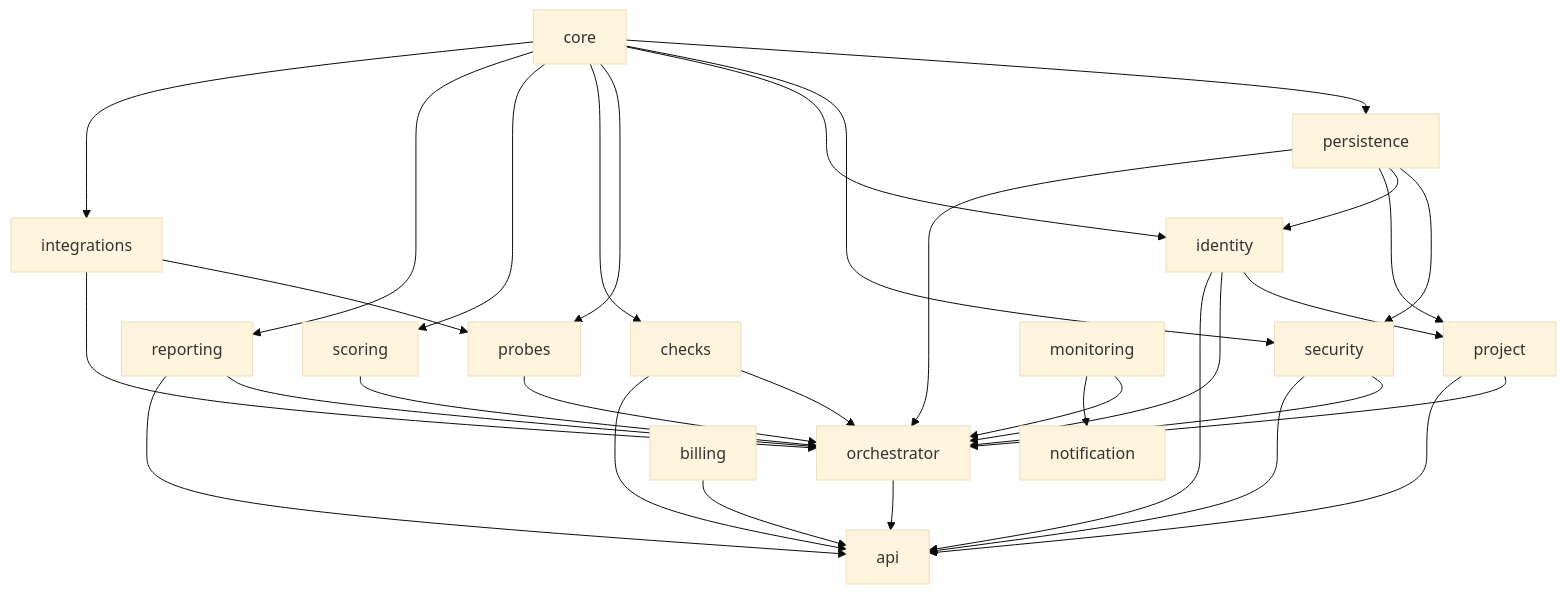
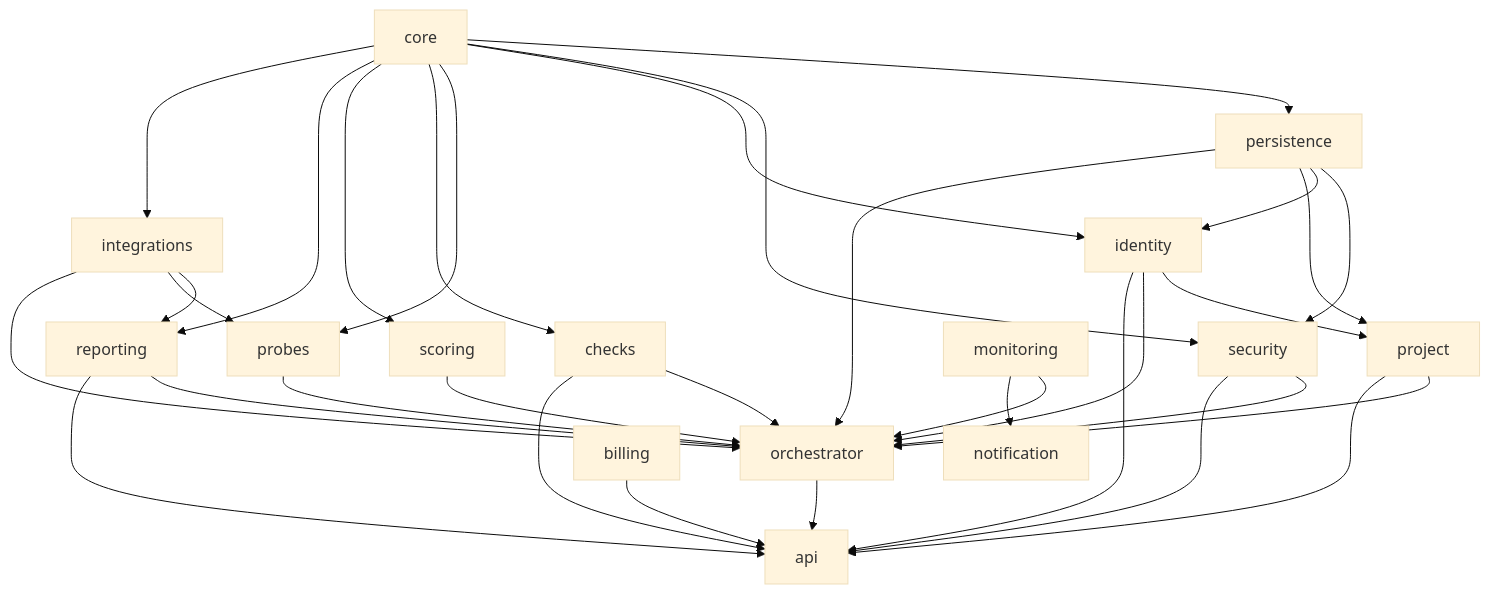
Before and after one commit to xsmartbartx/Viglio: the first of 2 diagrams in docs/modules.md, drawn with Mermaid (base theme). The commit also changed other lines of this file and 4 other files, not shown here.

Commit message:
docs: update README, build-roadmap, data-model, modules, and security documentation for Phase 5 enhancements; add details on LLM-backed remediation and caching

````diff
--- a/docs/modules.md
+++ b/docs/modules.md
@@ -18,50 +18,51 @@
 ```mermaid
 flowchart TD
     CORE[core]
     PERSIST[persistence]
     SEC[security]
     IDENTITY[identity]
     PROJECT[project]
     PROBES[probes]
     CHECKS[checks]
     SCORING[scoring]
     REPORTING[reporting]
     INTEG[integrations]
     ORCH[orchestrator]
     MONITOR[monitoring]
     NOTIFY[notification]
     BILLING[billing]
     API[api]
 
     CORE --> PERSIST
     CORE --> SEC
     CORE --> IDENTITY
     CORE --> PROBES
     CORE --> CHECKS
     CORE --> SCORING
     CORE --> REPORTING
     CORE --> INTEG
+    INTEG --> REPORTING
     PERSIST --> SEC
     PERSIST --> IDENTITY
     PERSIST --> PROJECT
     PERSIST --> ORCH
     IDENTITY --> PROJECT
     IDENTITY --> ORCH
     PROJECT --> ORCH
     SEC --> ORCH
     PROBES --> ORCH
     CHECKS --> ORCH
     SCORING --> ORCH
     REPORTING --> ORCH
     INTEG --> PROBES
     INTEG --> ORCH
     ORCH --> API
     SEC --> API
     IDENTITY --> API
     PROJECT --> API
     CHECKS --> API
     REPORTING --> API
     MONITOR --> ORCH
     MONITOR --> NOTIFY
     BILLING --> API
 ```
````
